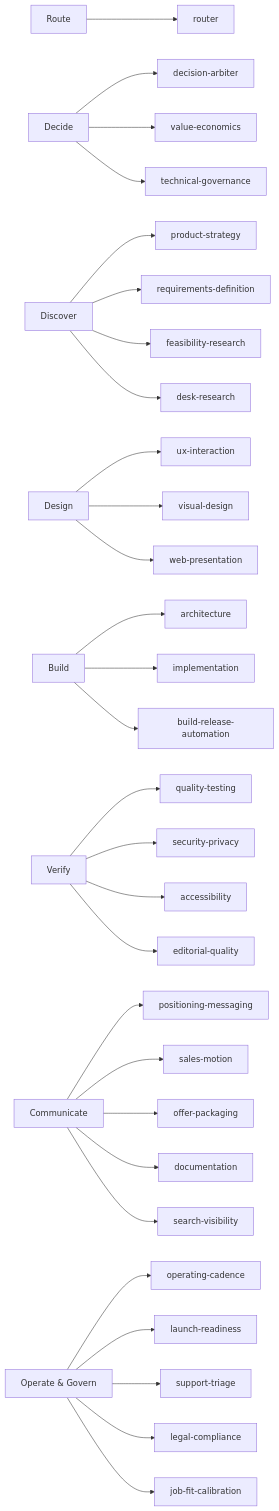
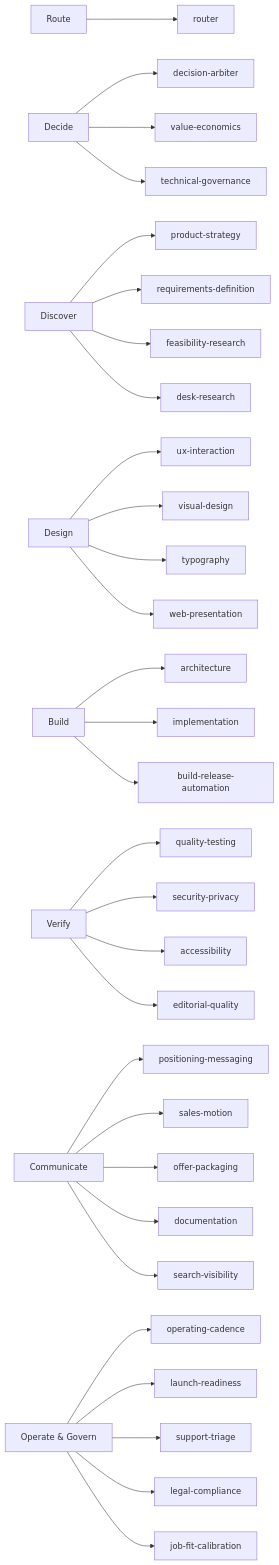
The second of 2 diagrams in README.md (policani/subagent-operating-model), drawn with Mermaid before and after one commit. The commit also changed other lines of this file and 9 other files, not shown here.

````diff
--- a/README.md
+++ b/README.md
@@ -42,11 +42,11 @@
 ```mermaid
 flowchart LR
     ROUTE["Route"] --> r1["router"]
     DECIDE["Decide"] --> d1["decision-arbiter"] & d2["value-economics"] & d3["technical-governance"]
     DISCOVER["Discover"] --> s1["product-strategy"] & s2["requirements-definition"] & s3["feasibility-research"] & s4["desk-research"]
-    DESIGN["Design"] --> g1["ux-interaction"] & g2["visual-design"] & g3["web-presentation"]
+    DESIGN["Design"] --> g1["ux-interaction"] & g2["visual-design"] & g3["typography"] & g4["web-presentation"]
     BUILD["Build"] --> b1["architecture"] & b2["implementation"] & b3["build-release-automation"]
     VERIFY["Verify"] --> v1["quality-testing"] & v2["security-privacy"] & v3["accessibility"] & v4["editorial-quality"]
     COMM["Communicate"] --> c1["positioning-messaging"] & c2["sales-motion"] & c3["offer-packaging"] & c4["documentation"] & c5["search-visibility"]
     OPS["Operate & Govern"] --> o1["operating-cadence"] & o2["launch-readiness"] & o3["support-triage"] & o4["legal-compliance"] & o5["job-fit-calibration"]
 ```
````
